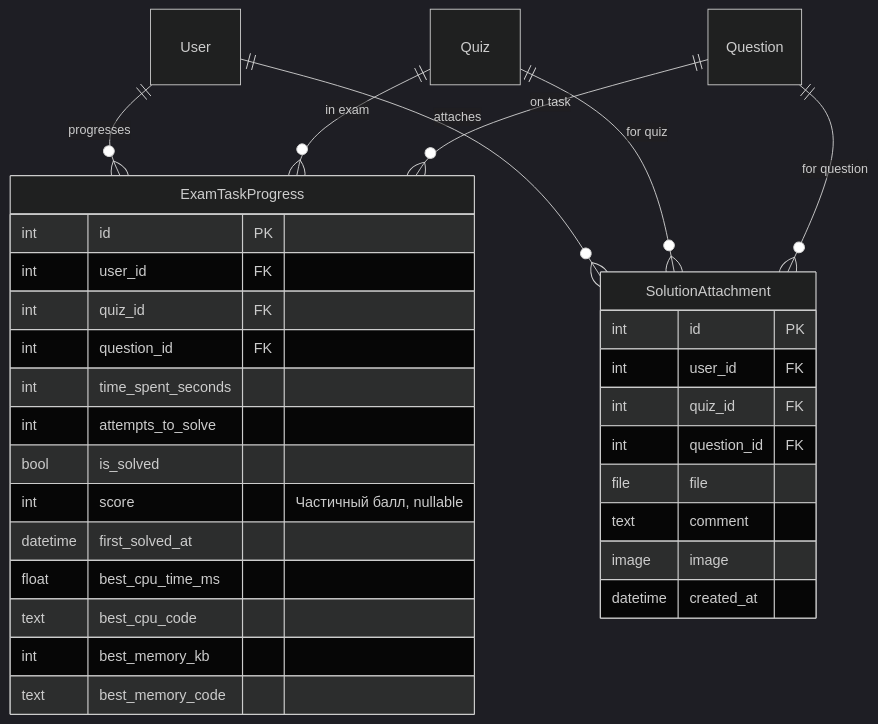
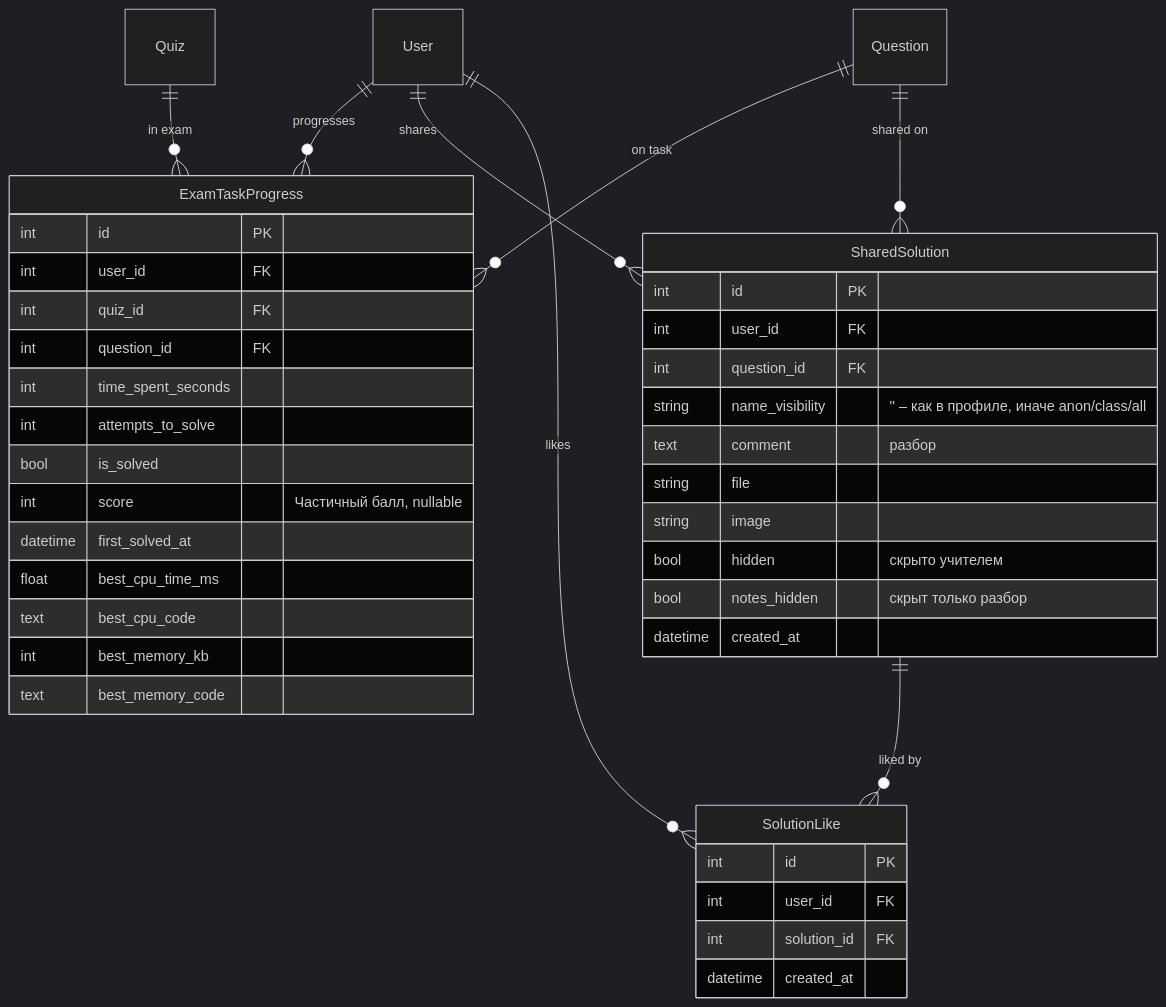
The sixth of 11 diagrams in docs/database/er-diagram.md (Kirill2517nv/SiteAboutMe), drawn with Mermaid (dark theme) before and after one commit. The commit also changed other lines of this file and 73 other files, not shown here.

````diff
--- a/docs/database/er-diagram.md
+++ b/docs/database/er-diagram.md
@@ -358,36 +350,46 @@
 ```mermaid
 erDiagram
     User ||--o{ ExamTaskProgress : "progresses"
     Quiz ||--o{ ExamTaskProgress : "in exam"
     Question ||--o{ ExamTaskProgress : "on task"
-    User ||--o{ SolutionAttachment : "attaches"
-    Quiz ||--o{ SolutionAttachment : "for quiz"
-    Question ||--o{ SolutionAttachment : "for question"
+    User ||--o{ SharedSolution : "shares"
+    Question ||--o{ SharedSolution : "shared on"
+    SharedSolution ||--o{ SolutionLike : "liked by"
+    User ||--o{ SolutionLike : "likes"
 
     ExamTaskProgress {
         int id PK
         int user_id FK
         int quiz_id FK
         int question_id FK
         int time_spent_seconds
         int attempts_to_solve
         bool is_solved
         int score "Частичный балл, nullable"
         datetime first_solved_at
         float best_cpu_time_ms
         text best_cpu_code
         int best_memory_kb
         text best_memory_code
     }
 
-    SolutionAttachment {
+    SharedSolution {
         int id PK
         int user_id FK
-        int quiz_id FK
         int question_id FK
-        file file
-        text comment
-        image image
+        string name_visibility "'' – как в профиле, иначе anon/class/all"
+        text comment "разбор"
+        string file
+        string image
+        bool hidden "скрыто учителем"
+        bool notes_hidden "скрыт только разбор"
+        datetime created_at
+    }
+
+    SolutionLike {
+        int id PK
+        int user_id FK
+        int solution_id FK
         datetime created_at
     }
 ```
````
